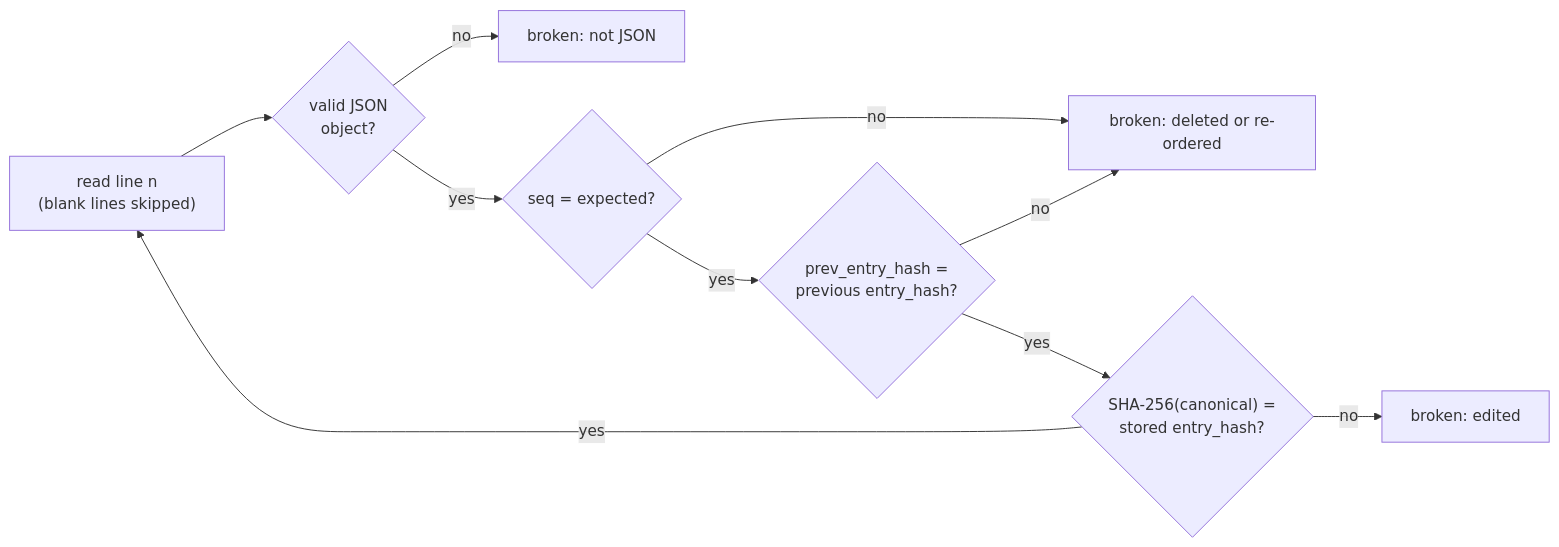
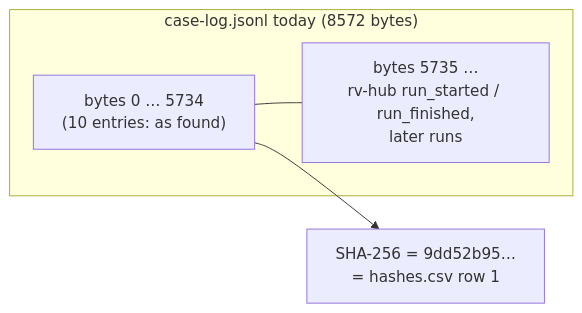
One commit to Panacota96/rv-hub changed the sixth of 6 diagrams in docs/theory.md. Above: the diagram before and after it, drawn with Mermaid. The commit also changed other lines of this file and 6 other files, not shown here.

````diff
--- a/docs/theory.md
+++ b/docs/theory.md
@@ -466,12 +468,7 @@
 ```mermaid
 flowchart LR
-    L["read line n<br/>(blank lines skipped)"] --> J{"valid JSON<br/>object?"}
-    J -->|no| X["broken: not JSON"]
-    J -->|yes| S{"seq = expected?"}
-    S -->|no| D["broken: deleted or re-ordered"]
-    S -->|yes| P{"prev_entry_hash =<br/>previous entry_hash?"}
-    P -->|no| D
-    P -->|yes| H{"SHA-256(canonical) =<br/>stored entry_hash?"}
-    H -->|no| Y["broken: edited"]
-    H -->|yes| L
+    subgraph NOW["case-log.jsonl today (8572 bytes)"]
+        P["bytes 0 … 5734<br/>(10 entries: as found)"] --- X["bytes 5735 …<br/>rv-hub run_started / run_finished,<br/>later runs"]
+    end
+    P --> H["SHA-256 = 9dd52b95…<br/>= hashes.csv row 1"]
 ```
````
